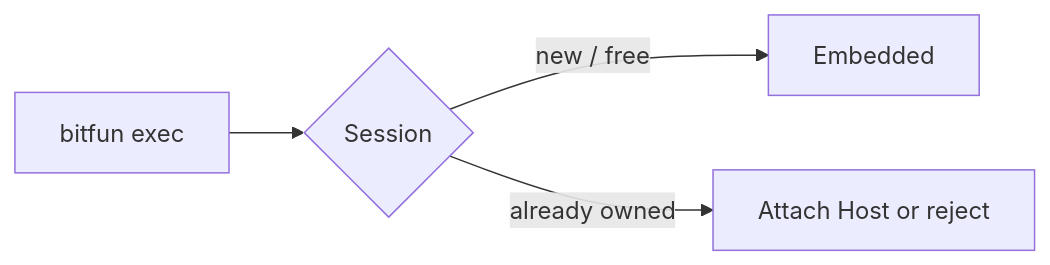
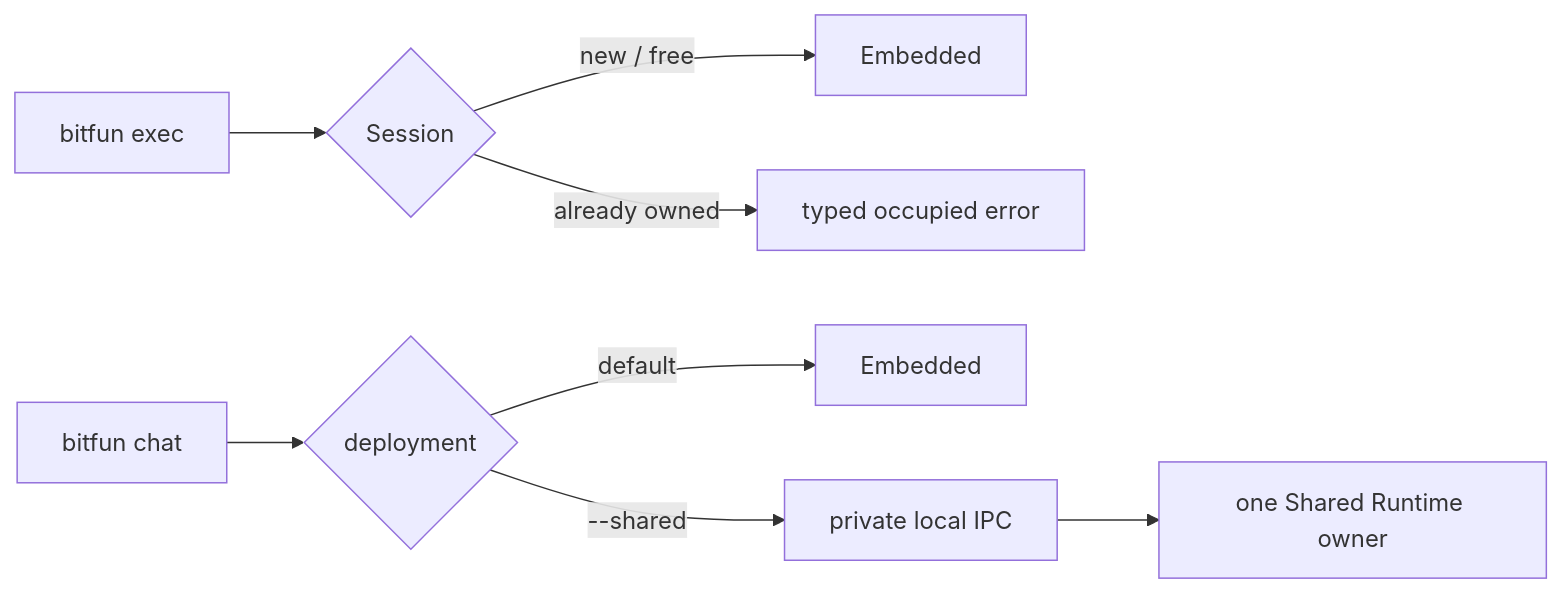
The first of 2 diagrams in docs/architecture/cli-product-line-design.md (1688mengdie/BitFun), drawn with Mermaid before and after one commit. The commit also changed other lines of this file and 41 other files, not shown here.

Commit message:
feat(cli): add opt-in shared TUI runtime

````diff
--- a/docs/architecture/cli-product-line-design.md
+++ b/docs/architecture/cli-product-line-design.md
@@ -300,6 +311,11 @@
 ```mermaid
 flowchart LR
   Exec["bitfun exec"] --> Choice{"Session"}
   Choice -->|"new / free"| Embedded["Embedded"]
-  Choice -->|"already owned"| Attach["Attach Host or reject"]
+  Choice -->|"already owned"| Reject["typed occupied error"]
+
+  TUI["bitfun chat"] --> Deploy{"deployment"}
+  Deploy -->|"default"| EmbeddedTui["Embedded"]
+  Deploy -->|"--shared"| SharedTui["private local IPC"]
+  SharedTui --> Runtime["one Shared Runtime owner"]
 ```
````
